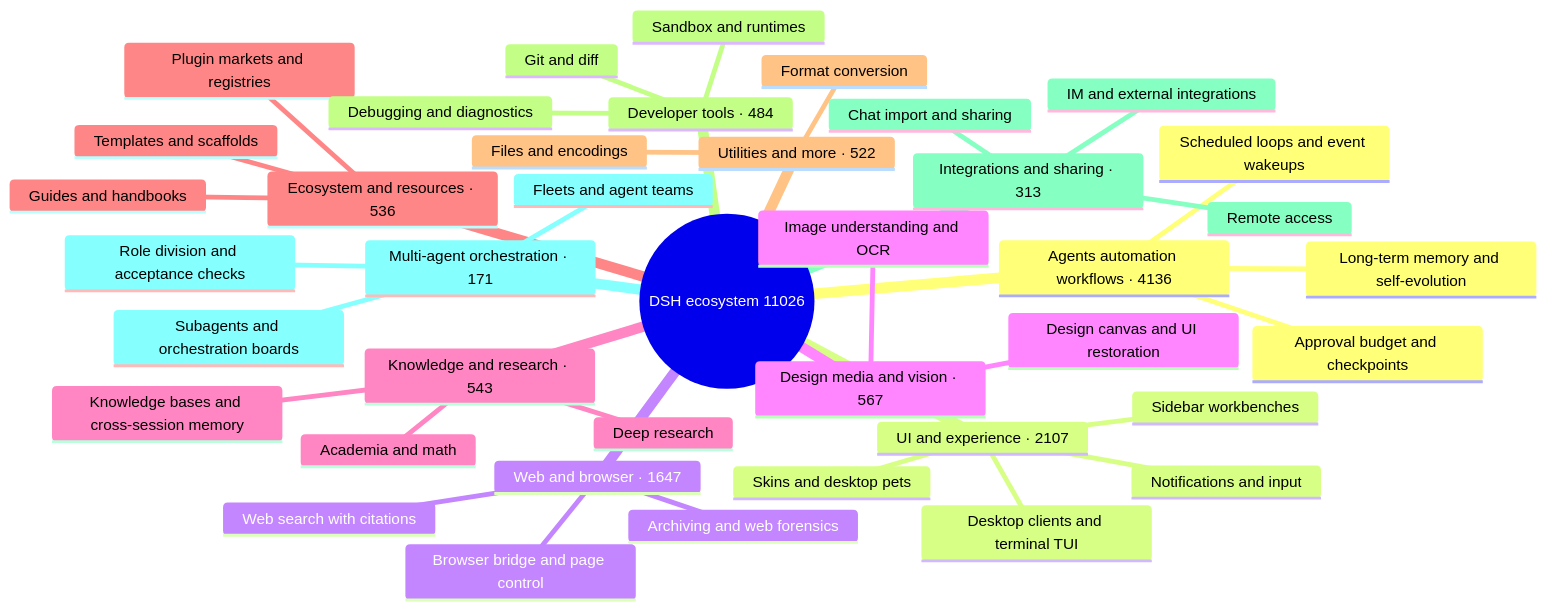
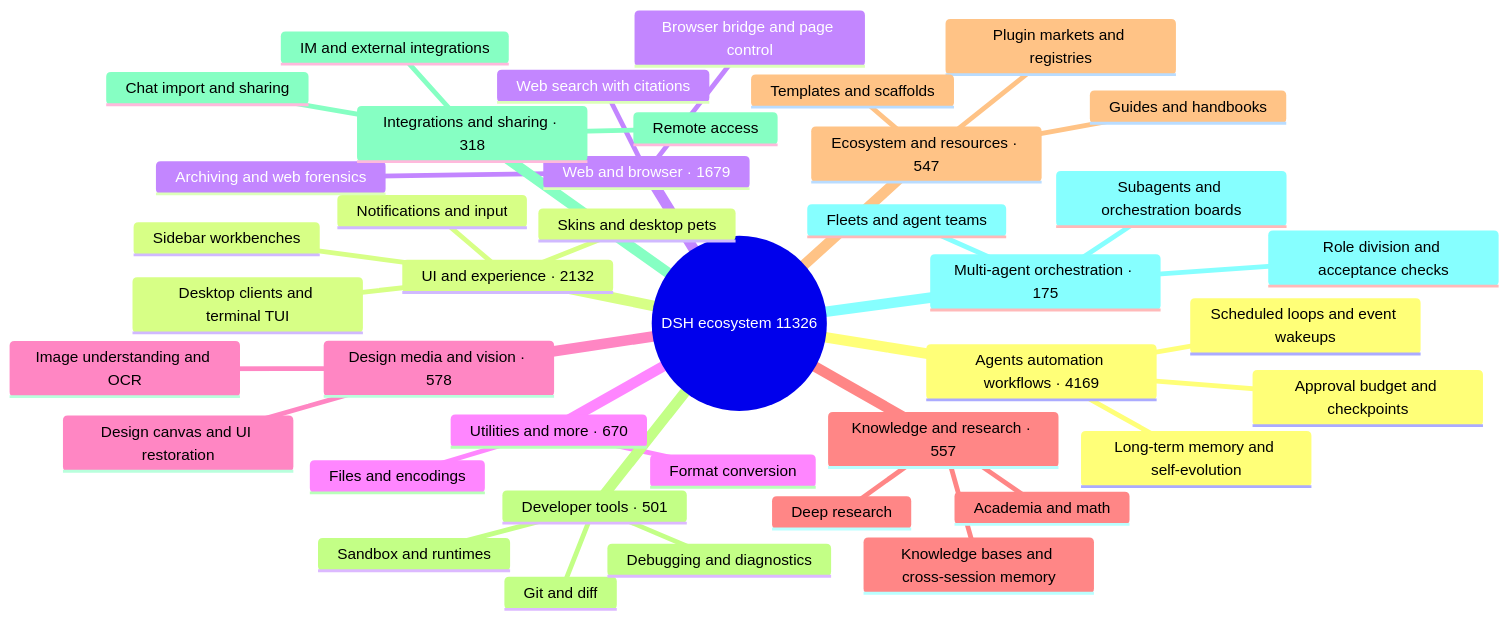
The diagram in README_EN.md (bruc3van/awesome-dsh-plugin), drawn with Mermaid before and after one commit. The commit also changed other lines of this file and 20 other files, not shown here.

````diff
--- a/README_EN.md
+++ b/README_EN.md
@@ -33,43 +33,43 @@
 ```mermaid
 mindmap
-  root((DSH ecosystem 11026))
-    Agents automation workflows · 4136
+  root((DSH ecosystem 11326))
+    Agents automation workflows · 4169
       Scheduled loops and event wakeups
       Long-term memory and self-evolution
       Approval budget and checkpoints
-    UI and experience · 2107
+    UI and experience · 2132
       Desktop clients and terminal TUI
       Sidebar workbenches
       Skins and desktop pets
       Notifications and input
-    Web and browser · 1647
+    Web and browser · 1679
       Browser bridge and page control
       Web search with citations
       Archiving and web forensics
-    Design media and vision · 567
+    Utilities and more · 670
+      Files and encodings
+      Format conversion
+    Design media and vision · 578
       Image understanding and OCR
       Design canvas and UI restoration
-    Knowledge and research · 543
+    Knowledge and research · 557
       Knowledge bases and cross-session memory
       Deep research
       Academia and math
-    Ecosystem and resources · 536
+    Ecosystem and resources · 547
       Plugin markets and registries
       Templates and scaffolds
       Guides and handbooks
-    Utilities and more · 522
-      Files and encodings
-      Format conversion
-    Developer tools · 484
+    Developer tools · 501
       Git and diff
       Sandbox and runtimes
       Debugging and diagnostics
-    Integrations and sharing · 313
+    Integrations and sharing · 318
       Chat import and sharing
       Remote access
       IM and external integrations
-    Multi-agent orchestration · 171
+    Multi-agent orchestration · 175
       Subagents and orchestration boards
       Fleets and agent teams
       Role division and acceptance checks
 ```
````
